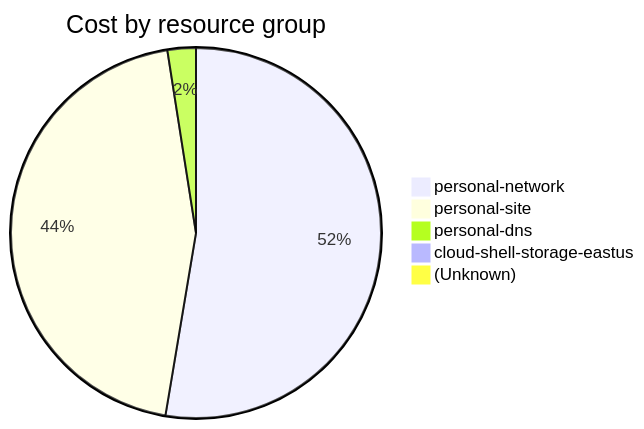
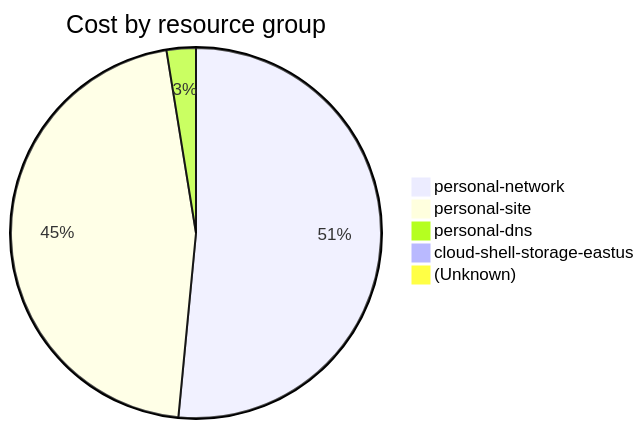
Before and after one commit to jpfulton/azure-personal-reports: the fourth of 4 diagrams in cost-reports/accumulated-cost.md, drawn with Mermaid. The commit also changed other lines of this file and 4 other files, not shown here.

````diff
--- a/cost-reports/accumulated-cost.md
+++ b/cost-reports/accumulated-cost.md
@@ -155,9 +155,9 @@
 ```mermaid
 pie
    title Cost by resource group
    "personal-network" : 15.94
-   "personal-site" : 13.59
-   "personal-dns" : 0.75
-   "cloud-shell-storage-eastus" : 0.22
+   "personal-site" : 14.21
+   "personal-dns" : 0.79
+   "cloud-shell-storage-eastus" : 0.23
    "(Unknown)" : 0.10
 ```
````
